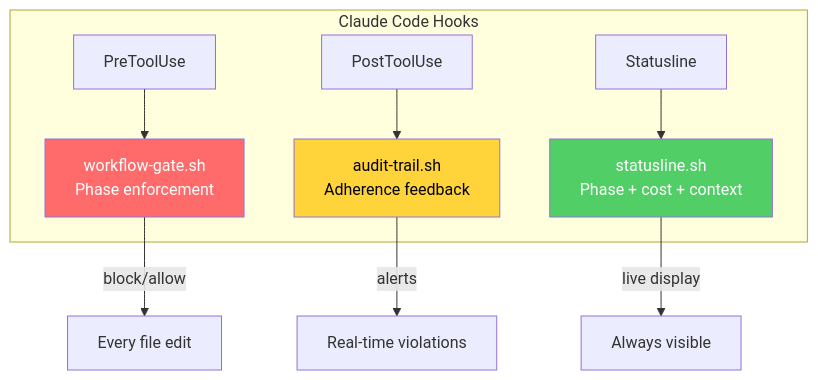
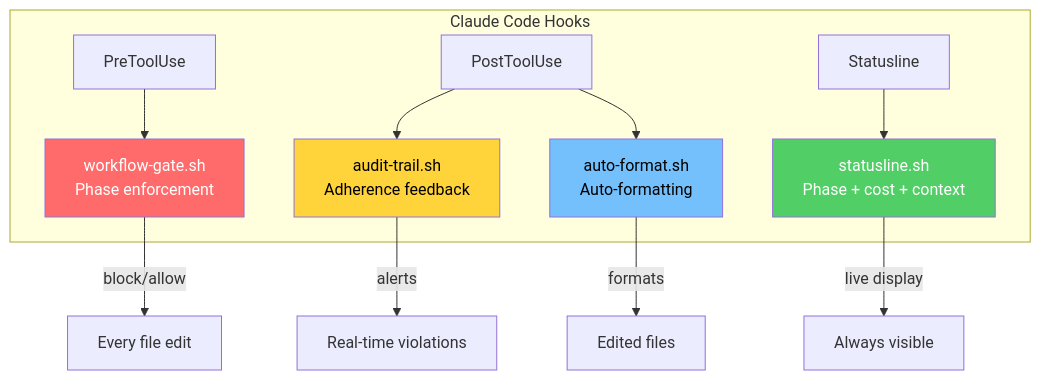
One commit to joshft/correctless changed the sixth of 6 diagrams in README.md. Above: the diagram before and after it, drawn with Mermaid. The commit also changed other lines of this file and 7 other files, not shown here.

First line of the commit message:
Add auto-format PostToolUse hook (#24)

````diff
--- a/README.md
+++ b/README.md
@@ -255,16 +255,19 @@
 ```mermaid
 graph TB
     subgraph "Claude Code Hooks"
         A["PreToolUse"] --> B["workflow-gate.sh<br/>Phase enforcement"]
         C["PostToolUse"] --> D["audit-trail.sh<br/>Adherence feedback"]
+        C --> G["auto-format.sh<br/>Auto-formatting"]
         E["Statusline"] --> F["statusline.sh<br/>Phase + cost + context"]
     end
 
     B -->|"block/allow"| I["Every file edit"]
     D -->|"alerts"| J["Real-time violations"]
+    G -->|"formats"| L["Edited files"]
     F -->|"live display"| K["Always visible"]
 
     style B fill:#ff6b6b,color:#fff
     style D fill:#ffd43b,color:#000
+    style G fill:#74c0fc,color:#000
     style F fill:#51cf66,color:#fff
 ```
````
